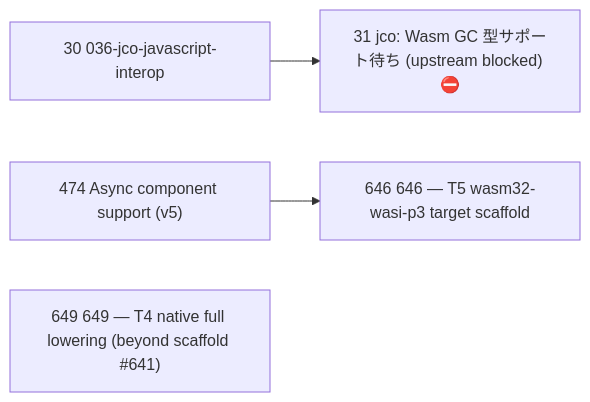
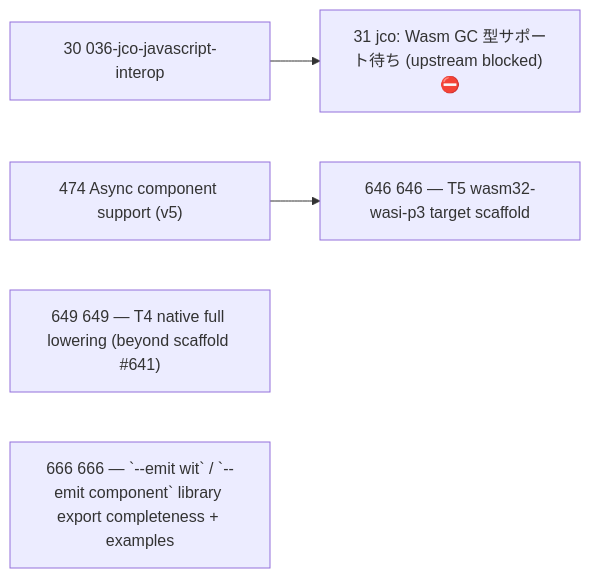
One commit to wogikaze/arukellt changed the diagram in issues/open/dependency-graph.md. Above: the diagram before and after it, drawn with Mermaid. The commit also changed other lines of this file and 4 other files, not shown here.

First line of the commit message:
Add issue #666: library --emit wit/component completeness.

````diff
--- a/issues/open/dependency-graph.md
+++ b/issues/open/dependency-graph.md
@@ -7,10 +7,11 @@
 ```mermaid
 graph LR
   I30["30 036-jco-javascript-interop"]
   I474["474 Async component support (v5)"]
   I649["649 649 — T4 native full lowering (beyond scaffold #641)"]
+  I666["666 666 — `--emit wit` / `--emit component` library export completeness + examples"]
   I646["646 646 — T5 wasm32-wasi-p3 target scaffold"]
   I31["31 jco: Wasm GC 型サポート待ち (upstream blocked) ⛔"]
   I474 --> I646
   I30 --> I31
 ```
````
